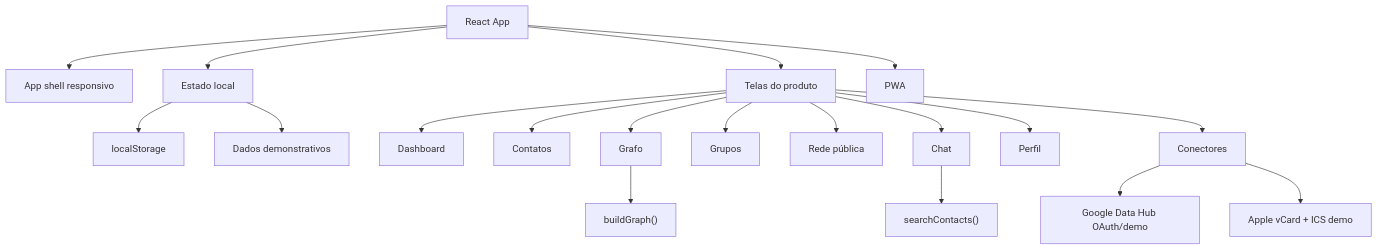
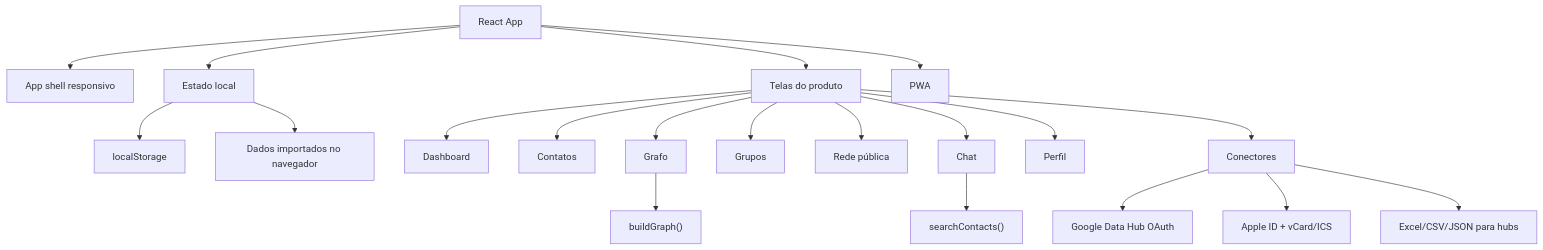
One commit to Leninn-Marinho-Rodrigues/grafy-cogmo-prototype changed the first of 3 diagrams in docs/guides/architecture.md. Above: the diagram before and after it, drawn with Mermaid. The commit also changed other lines of this file and 11 other files, not shown here.

````diff
--- a/docs/guides/architecture.md
+++ b/docs/guides/architecture.md
@@ -9,24 +9,25 @@
 ```mermaid
 flowchart TB
   App["React App"] --> Shell["App shell responsivo"]
   App --> Screens["Telas do produto"]
   App --> State["Estado local"]
   App --> PWA["PWA"]
 
   State --> LocalStorage["localStorage"]
-  State --> Seed["Dados demonstrativos"]
+  State --> Imported["Dados importados no navegador"]
 
   Screens --> Dashboard["Dashboard"]
   Screens --> Contacts["Contatos"]
   Screens --> Graph["Grafo"]
   Screens --> Groups["Grupos"]
   Screens --> Public["Rede pública"]
   Screens --> Chat["Chat"]
   Screens --> Profile["Perfil"]
   Screens --> Integrations["Conectores"]
 
   Graph --> GraphBuilder["buildGraph()"]
   Chat --> Search["searchContacts()"]
-  Integrations --> GoogleHub["Google Data Hub OAuth/demo"]
-  Integrations --> AppleHub["Apple vCard + ICS demo"]
+  Integrations --> GoogleHub["Google Data Hub OAuth"]
+  Integrations --> AppleHub["Apple ID + vCard/ICS"]
+  Integrations --> HubFiles["Excel/CSV/JSON para hubs"]
 ```
````
